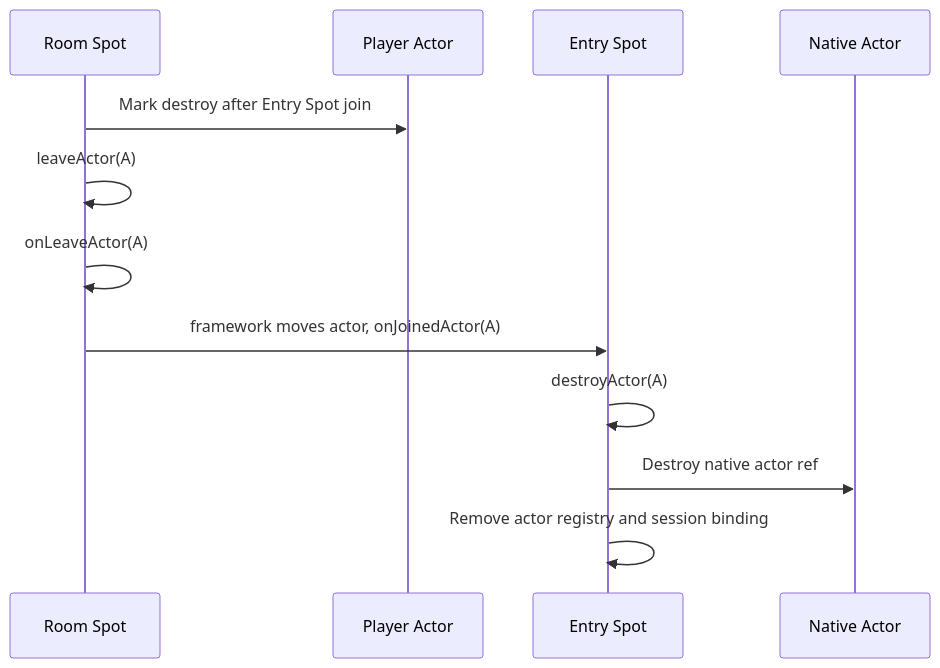
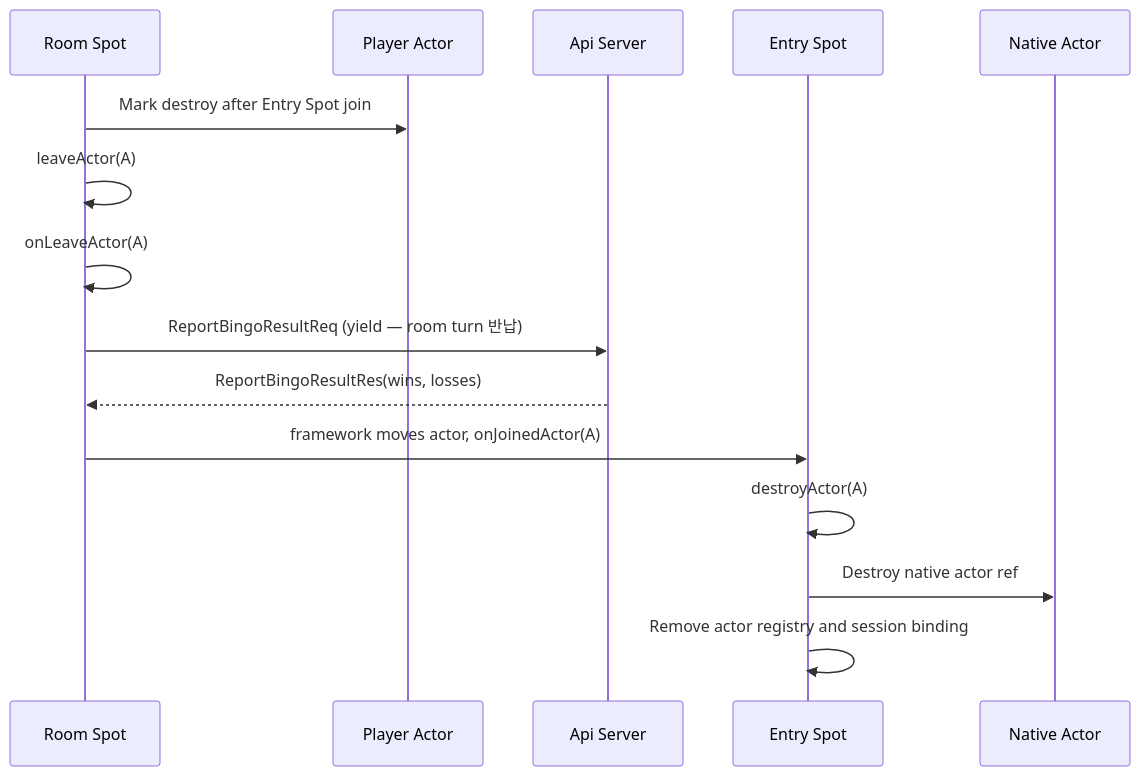
The fifth of 5 diagrams in framework/doc/framework/common/sample/bingo/README.ko.md (kairos-code-dev/zlink), drawn with Mermaid before and after one commit. The commit also changed other lines of this file and 13 other files, not shown here.

````diff
--- a/framework/doc/framework/common/sample/bingo/README.ko.md
+++ b/framework/doc/framework/common/sample/bingo/README.ko.md
@@ -1078,15 +1097,18 @@
 ```mermaid
 sequenceDiagram
     participant R as Room Spot
     participant A as Player Actor
+    participant API as Api Server
     participant E as Entry Spot
     participant N as Native Actor
 
     R->>A: Mark destroy after Entry Spot join
     R->>R: leaveActor(A)
     R->>R: onLeaveActor(A)
+    R->>API: ReportBingoResultReq (yield — room turn 반납)
+    API-->>R: ReportBingoResultRes(wins, losses)
     R->>E: framework moves actor, onJoinedActor(A)
     E->>E: destroyActor(A)
     E->>N: Destroy native actor ref
     E->>E: Remove actor registry and session binding
 ```
````
